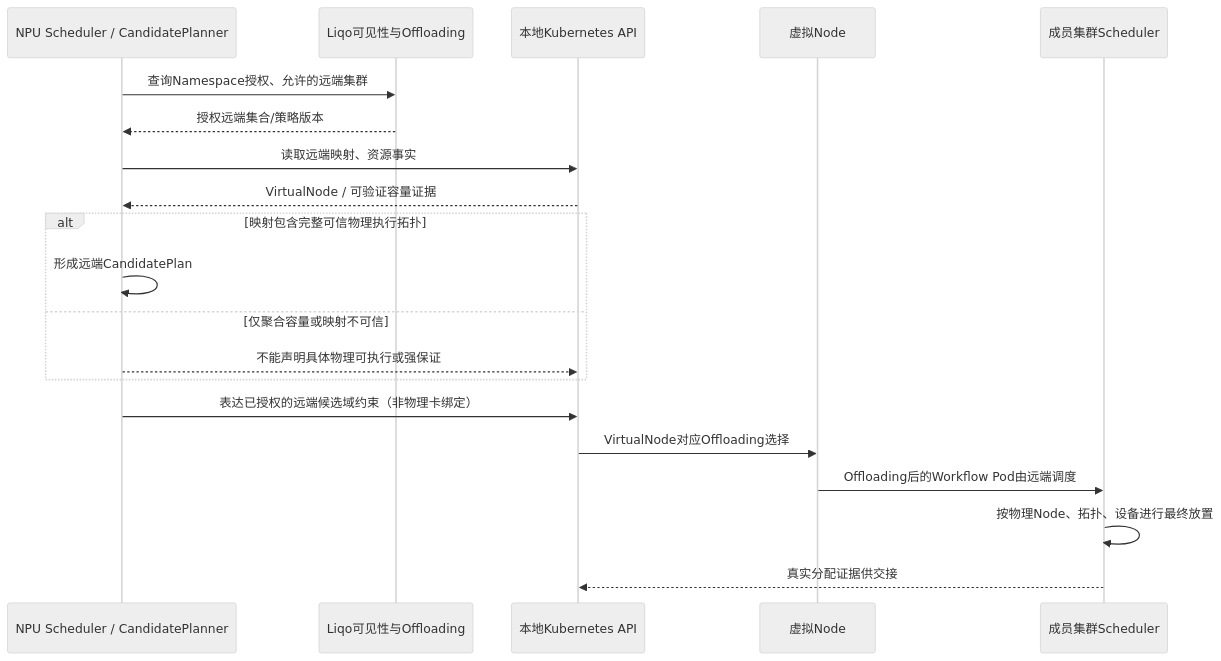
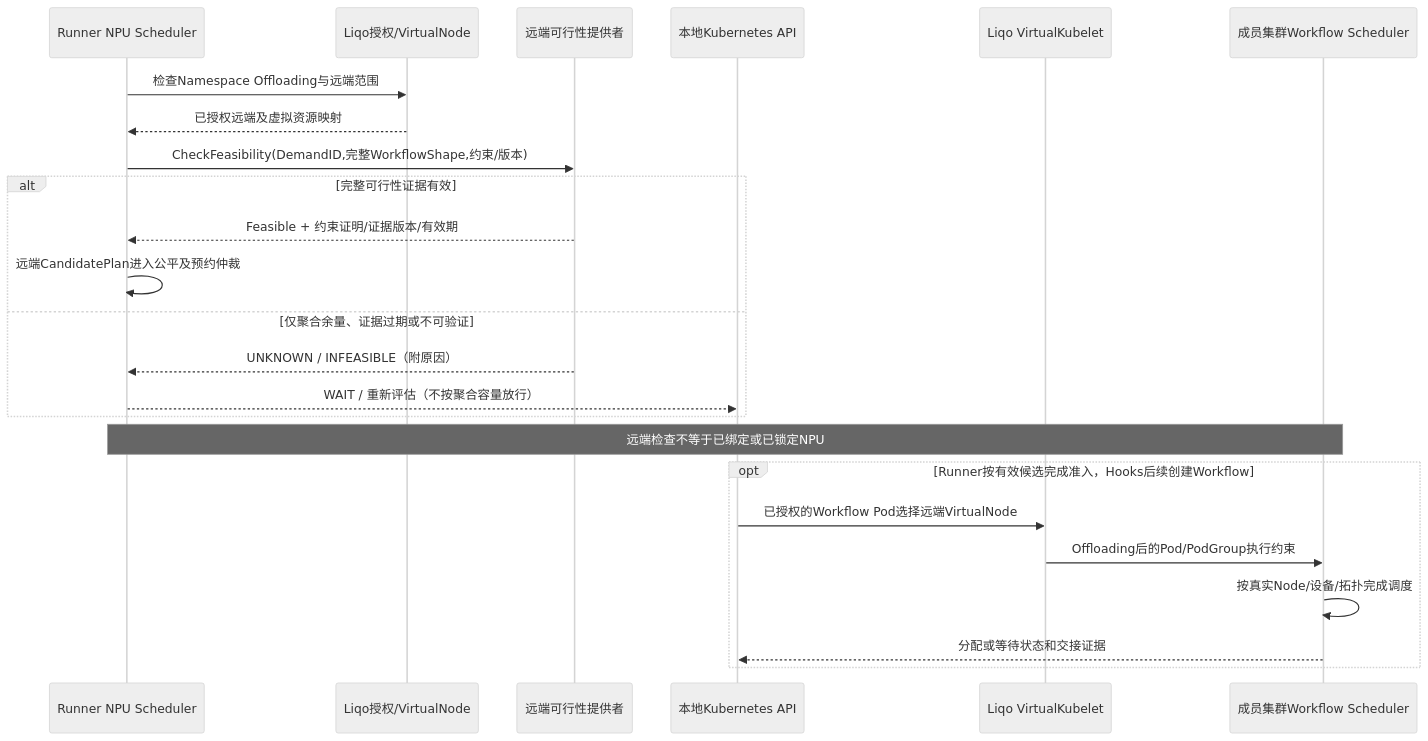
One commit to ascend-gha-runners/scheduler-plugins changed the seventh of 9 diagrams in docs/system-design.md. Above: the diagram before and after it, drawn with Mermaid (neutral theme). The commit also changed other lines of this file, not shown here.

Commit message:
docs: define verifiable remote CheckFeasibility contract and Liqo execution boundary

```diff
--- a/docs/system-design.md
+++ b/docs/system-design.md
@@ -892,22 +896,26 @@
 ~~~mermaid
 sequenceDiagram
-  participant NS as NPU Scheduler / CandidatePlanner
-  participant L as Liqo可见性与Offloading
+  participant NS as Runner NPU Scheduler
+  participant L as Liqo授权/VirtualNode
+  participant RF as 远端可行性提供者
   participant API as 本地Kubernetes API
-  participant VR as 虚拟Node
-  participant MC as 成员集群Scheduler
-  NS->>L: 查询Namespace授权、允许的远端集群
-  L-->>NS: 授权远端集合/策略版本
-  NS->>API: 读取远端映射、资源事实
-  API-->>NS: VirtualNode / 可验证容量证据
-  alt 映射包含完整可信物理执行拓扑
-    NS->>NS: 形成远端CandidatePlan
-  else 仅聚合容量或映射不可信
-    NS-->>API: 不能声明具体物理可执行或强保证
+  participant VR as Liqo VirtualKubelet
+  participant MC as 成员集群Workflow Scheduler
+  NS->>L: 检查Namespace Offloading与远端范围
+  L-->>NS: 已授权远端及虚拟资源映射
+  NS->>RF: CheckFeasibility(DemandID,完整WorkflowShape,约束/版本)
+  alt 完整可行性证据有效
+    RF-->>NS: Feasible + 约束证明/证据版本/有效期
+    NS->>NS: 远端CandidatePlan进入公平及预约仲裁
+  else 仅聚合余量、证据过期或不可验证
+    RF-->>NS: UNKNOWN / INFEASIBLE（附原因）
+    NS-->>API: WAIT / 重新评估（不按聚合容量放行）
   end
-  NS->>API: 表达已授权的远端候选域约束（非物理卡绑定）
-  API->>VR: VirtualNode对应Offloading选择
-  VR->>MC: Offloading后的Workflow Pod由远端调度
-  MC->>MC: 按物理Node、拓扑、设备进行最终放置
-  MC-->>API: 真实分配证据供交接
+  Note over NS,MC: 远端检查不等于已绑定或已锁定NPU
+  opt Runner按有效候选完成准入，Hooks后续创建Workflow
+    API->>VR: 已授权的Workflow Pod选择远端VirtualNode
+    VR->>MC: Offloading后的Pod/PodGroup执行约束
+    MC->>MC: 按真实Node/设备/拓扑完成调度
+    MC-->>API: 分配或等待状态和交接证据
+  end
 ~~~
```
